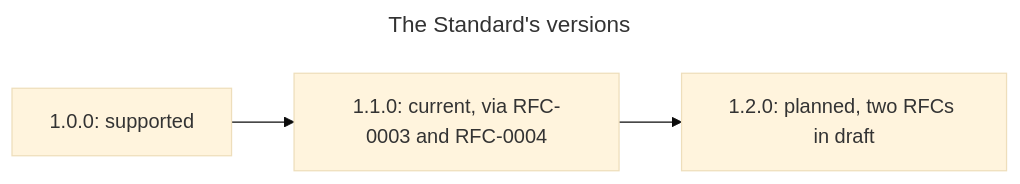
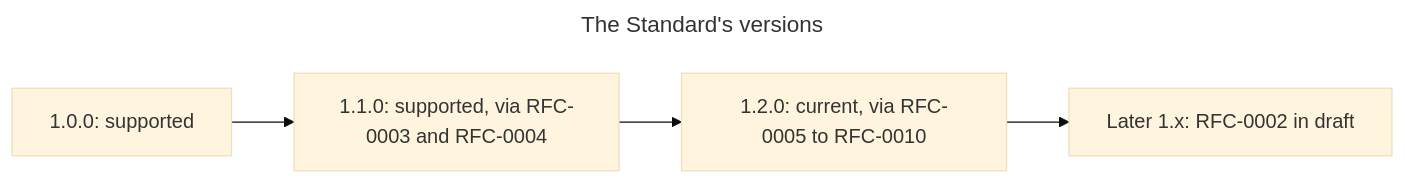
Before and after one commit to synaptiai/agent-capability-standard: the first of 2 diagrams in spec/ROADMAP.md, drawn with Mermaid (base theme). The commit also changed other lines of this file and 28 other files, not shown here.

````diff
--- a/spec/ROADMAP.md
+++ b/spec/ROADMAP.md
@@ -51,8 +76,8 @@
 ```mermaid
 ---
 title: The Standard's versions
 ---
 flowchart LR
-  accDescr: Standard 1.0.0 is supported; 1.1.0, accepted through RFC-0003 and RFC-0004, is the current candidate; 1.2.0 is planned, with RFC-0002 and RFC-0005 as its draft proposals so far.
-  v10["1.0.0: supported"] --> v11["1.1.0: current, via RFC-0003 and RFC-0004"] --> v12["1.2.0: planned, two RFCs in draft"]
+  accDescr: Standards 1.0.0 and 1.1.0 are supported; 1.1.0 was accepted through RFC-0003 and RFC-0004; 1.2.0, accepted through RFC-0005 to RFC-0010, is the current candidate; RFC-0002 is a draft for a later 1.x version.
+  v10["1.0.0: supported"] --> v11["1.1.0: supported, via RFC-0003 and RFC-0004"] --> v12["1.2.0: current, via RFC-0005 to RFC-0010"] --> v1x["Later 1.x: RFC-0002 in draft"]
 ```
````
